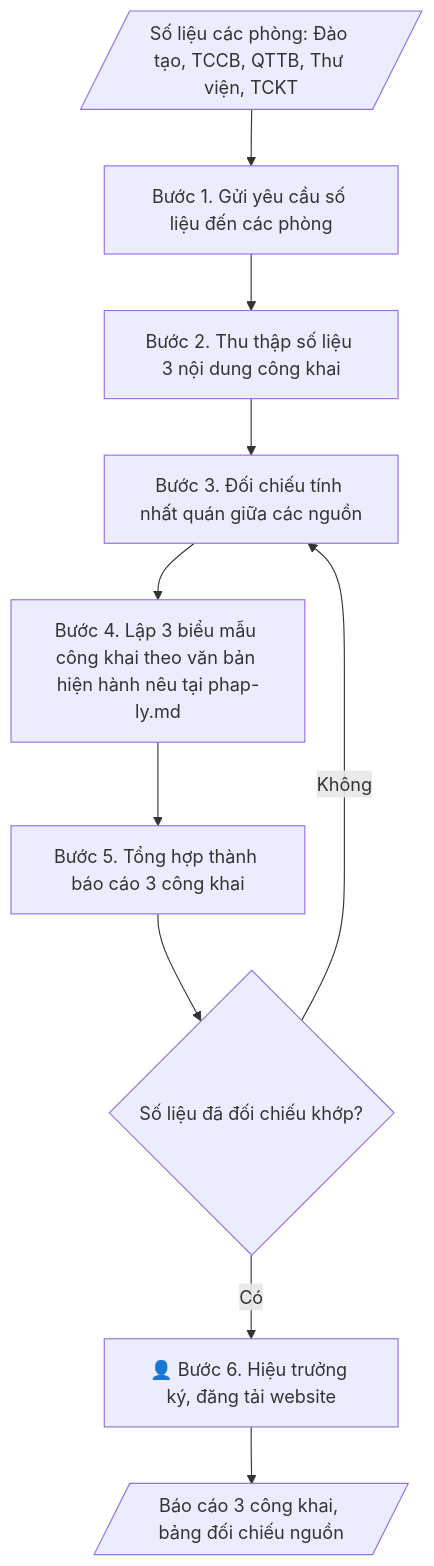
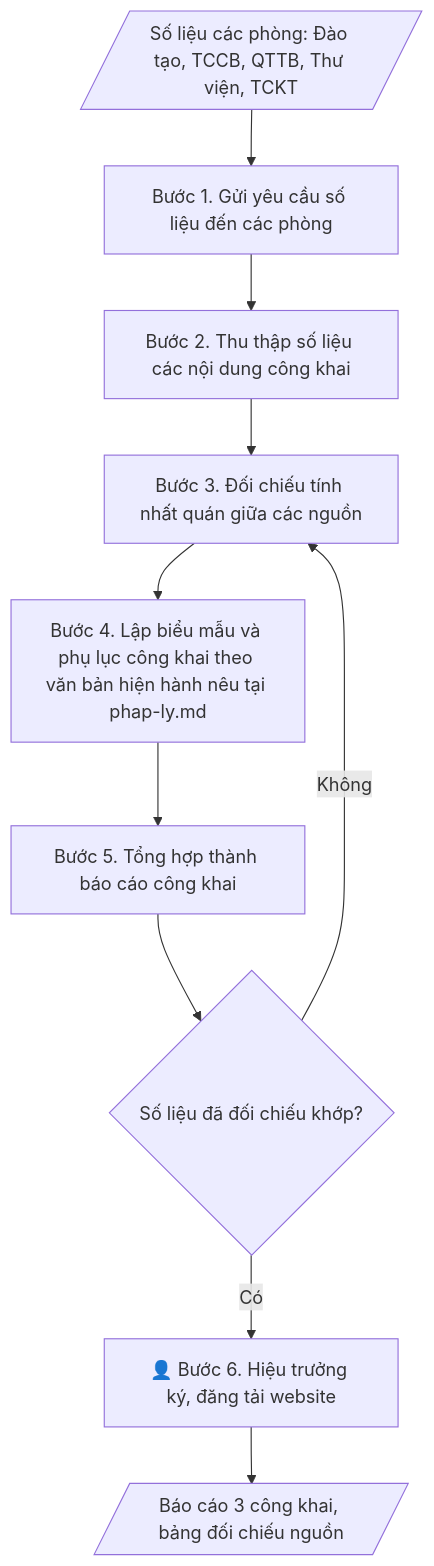
One commit to phamtruong91/dh-skills changed the diagram in skills/bao-cao-3-cong-khai/SKILL.md. Above: the diagram before and after it, drawn with Mermaid. The commit also changed other lines of this file and 77 other files, not shown here.

````diff
--- a/skills/bao-cao-3-cong-khai/SKILL.md
+++ b/skills/bao-cao-3-cong-khai/SKILL.md
@@ -122,12 +122,12 @@
 ```mermaid
 flowchart TD
     A[/"Số liệu các phòng: Đào tạo, TCCB, QTTB, Thư viện, TCKT"/] --> B0["Bước 1. Gửi yêu cầu số liệu đến các phòng"]
-    B0 --> B1["Bước 2. Thu thập số liệu 3 nội dung công khai"]
+    B0 --> B1["Bước 2. Thu thập số liệu các nội dung công khai"]
     B1 --> C["Bước 3. Đối chiếu tính nhất quán giữa các nguồn"]
-    C --> D["Bước 4. Lập 3 biểu mẫu công khai theo văn bản hiện hành nêu tại phap-ly.md"]
-    D --> E["Bước 5. Tổng hợp thành báo cáo 3 công khai"]
+    C --> D["Bước 4. Lập biểu mẫu và phụ lục công khai theo văn bản hiện hành nêu tại phap-ly.md"]
+    D --> E["Bước 5. Tổng hợp thành báo cáo công khai"]
     E --> F{"Số liệu đã đối chiếu khớp?"}
     F -->|Không| C
     F -->|Có| HG["👤 Bước 6. Hiệu trưởng ký, đăng tải website"]
     HG --> G[/"Báo cáo 3 công khai, bảng đối chiếu nguồn"/]
 ```
````
